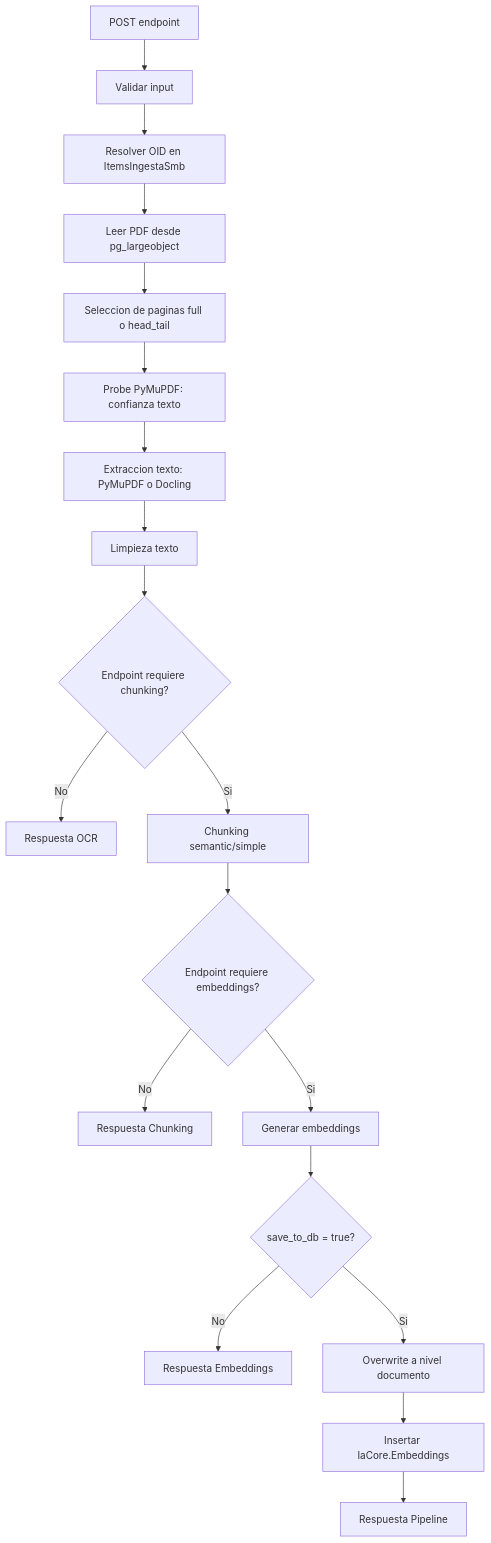
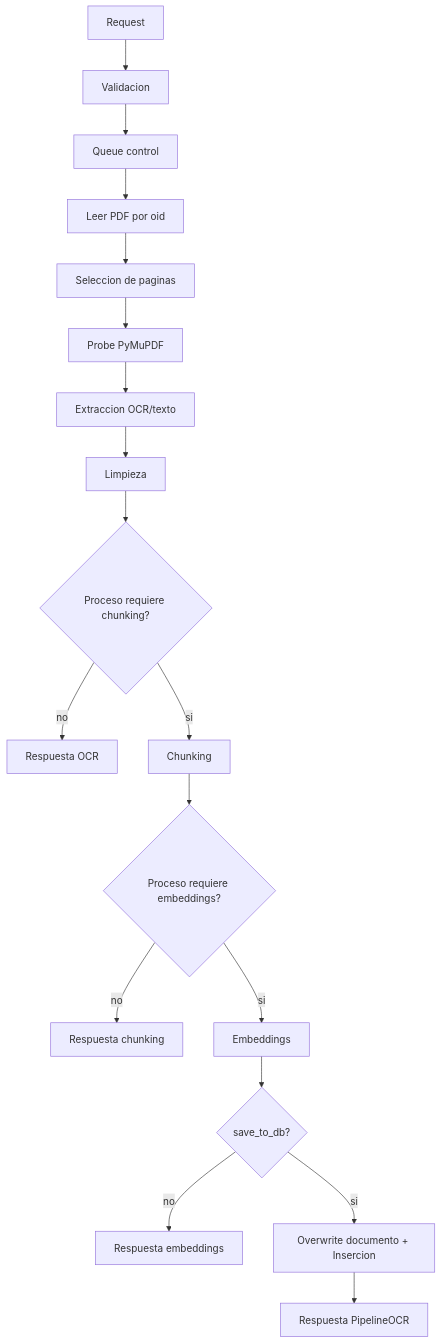
Before and after one commit to Ekradyon/brain-vt-ocr-chunking: the diagram in README.md, drawn with Mermaid. The commit also changed other lines of this file, not shown here.

````diff
--- a/README.md
+++ b/README.md
@@ -18,21 +26,20 @@
 ```mermaid
 flowchart TD
-    A[POST endpoint] --> B[Validar input]
-    B --> C[Resolver OID en ItemsIngestaSmb]
-    C --> D[Leer PDF desde pg_largeobject]
-    D --> E[Seleccion de paginas full o head_tail]
-    E --> F[Probe PyMuPDF: confianza texto]
-    F --> G[Extraccion texto: PyMuPDF o Docling]
-    G --> H[Limpieza texto]
-    H --> I{Endpoint requiere chunking?}
-    I -- No --> Z1[Respuesta OCR]
-    I -- Si --> J[Chunking semantic/simple]
-    J --> K{Endpoint requiere embeddings?}
-    K -- No --> Z2[Respuesta Chunking]
-    K -- Si --> L[Generar embeddings]
-    L --> M{save_to_db = true?}
-    M -- No --> Z3[Respuesta Embeddings]
-    M -- Si --> N[Overwrite a nivel documento]
-    N --> O[Insertar IaCore.Embeddings]
-    O --> Z4[Respuesta Pipeline]
+    A[Request] --> B[Validacion]
+    B --> C[Queue control]
+    C --> D[Leer PDF por oid]
+    D --> E[Seleccion de paginas]
+    E --> F[Probe PyMuPDF]
+    F --> G[Extraccion OCR/texto]
+    G --> H[Limpieza]
+    H --> I{Proceso requiere chunking?}
+    I -- no --> Z1[Respuesta OCR]
+    I -- si --> J[Chunking]
+    J --> K{Proceso requiere embeddings?}
+    K -- no --> Z2[Respuesta chunking]
+    K -- si --> L[Embeddings]
+    L --> M{save_to_db?}
+    M -- no --> Z3[Respuesta embeddings]
+    M -- si --> N[Overwrite documento + Insercion]
+    N --> Z4[Respuesta PipelineOCR]
 ```
````
